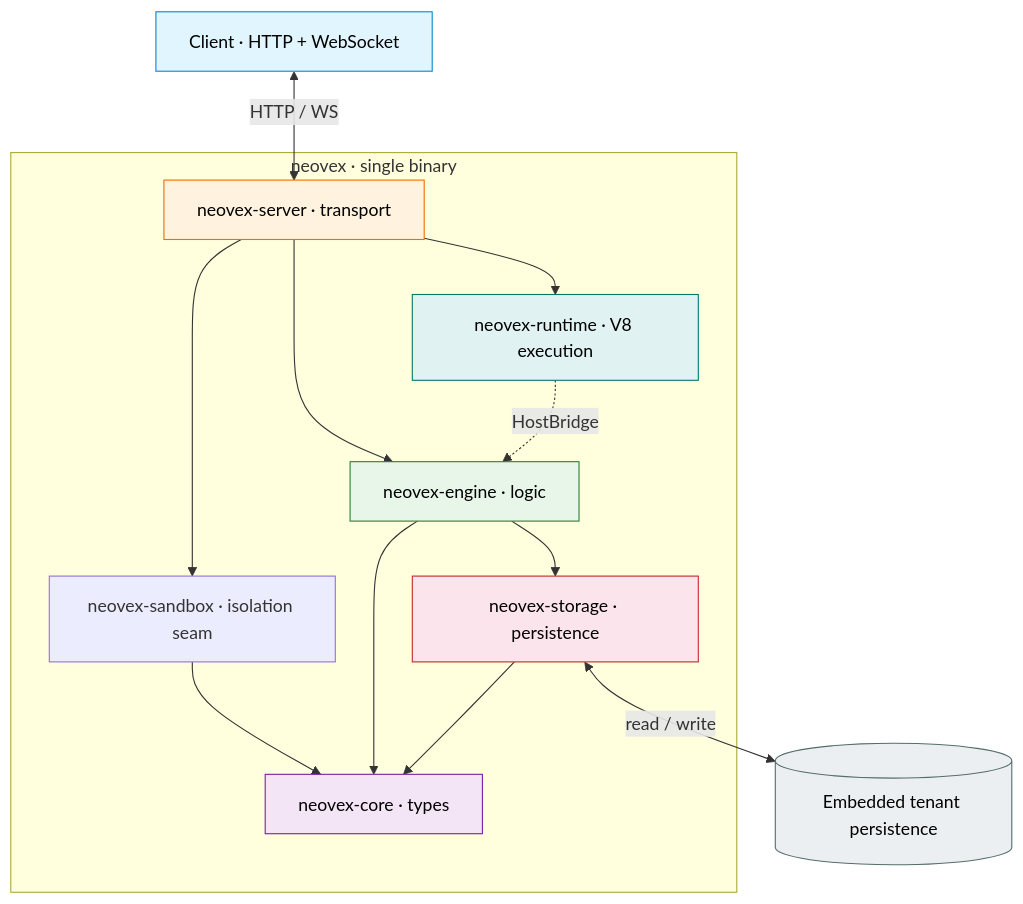
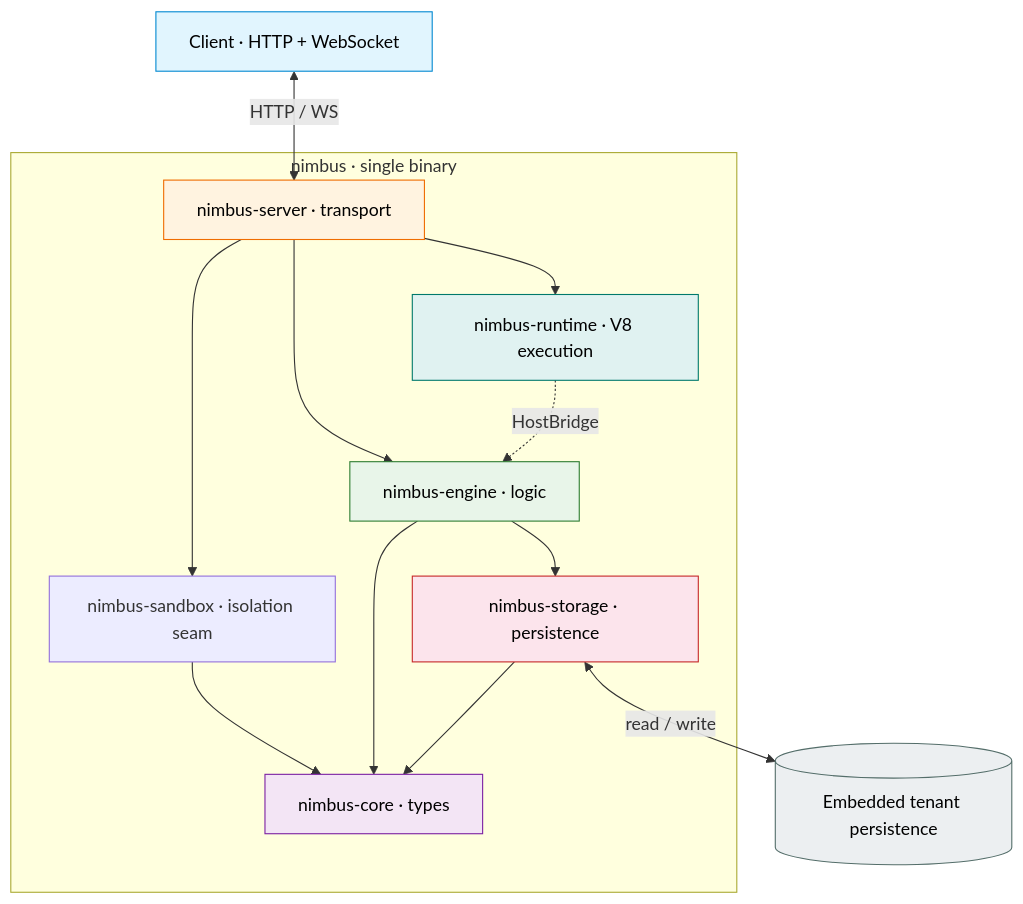
Before and after one commit to nimbus/nimbus: the second of 6 diagrams in ARCHITECTURE.md, drawn with Mermaid. The commit also changed other lines of this file and 6725 other files, not shown here.

First line of the commit message:
rename: complete neovex→nimbus rebrand across entire codebase

````diff
--- a/ARCHITECTURE.md
+++ b/ARCHITECTURE.md
@@ -58,42 +58,42 @@
 ```mermaid
 flowchart TD
     Client["Client · HTTP + WebSocket"]
 
-    subgraph binary["neovex · single binary"]
-        Server["neovex-server · transport"]
-        Engine["neovex-engine · logic"]
-        Runtime["neovex-runtime · V8 execution"]
-        Sandbox["neovex-sandbox · isolation seam"]
-        Storage["neovex-storage · persistence"]
-        Core["neovex-core · types"]
+    subgraph binary["nimbus · single binary"]
+        Server["nimbus-server · transport"]
+        Engine["nimbus-engine · logic"]
+        Runtime["nimbus-runtime · V8 execution"]
+        Sandbox["nimbus-sandbox · isolation seam"]
+        Storage["nimbus-storage · persistence"]
+        Core["nimbus-core · types"]
 
         Server --> Engine
         Server --> Runtime
         Server --> Sandbox
         Runtime -.->|HostBridge| Engine
         Sandbox --> Core
         Engine --> Storage
         Engine & Storage --> Core
     end
 
     Disk[("Embedded tenant persistence")]
 
     Client <-->|HTTP / WS| Server
     Storage <-->|read / write| Disk
 
     classDef client fill:#e1f5fe,stroke:#0288d1,color:#000
     classDef transport fill:#fff3e0,stroke:#ef6c00,color:#000
     classDef runtime fill:#e0f2f1,stroke:#00796b,color:#000
     classDef logic fill:#e8f5e9,stroke:#2e7d32,color:#000
     classDef storage fill:#fce4ec,stroke:#c62828,color:#000
     classDef types fill:#f3e5f5,stroke:#7b1fa2,color:#000
     classDef disk fill:#eceff1,stroke:#546e6a,color:#000
 
     class Client client
     class Server transport
     class Runtime runtime
     class Engine logic
     class Storage storage
     class Core types
     class Disk disk
 ```
````
